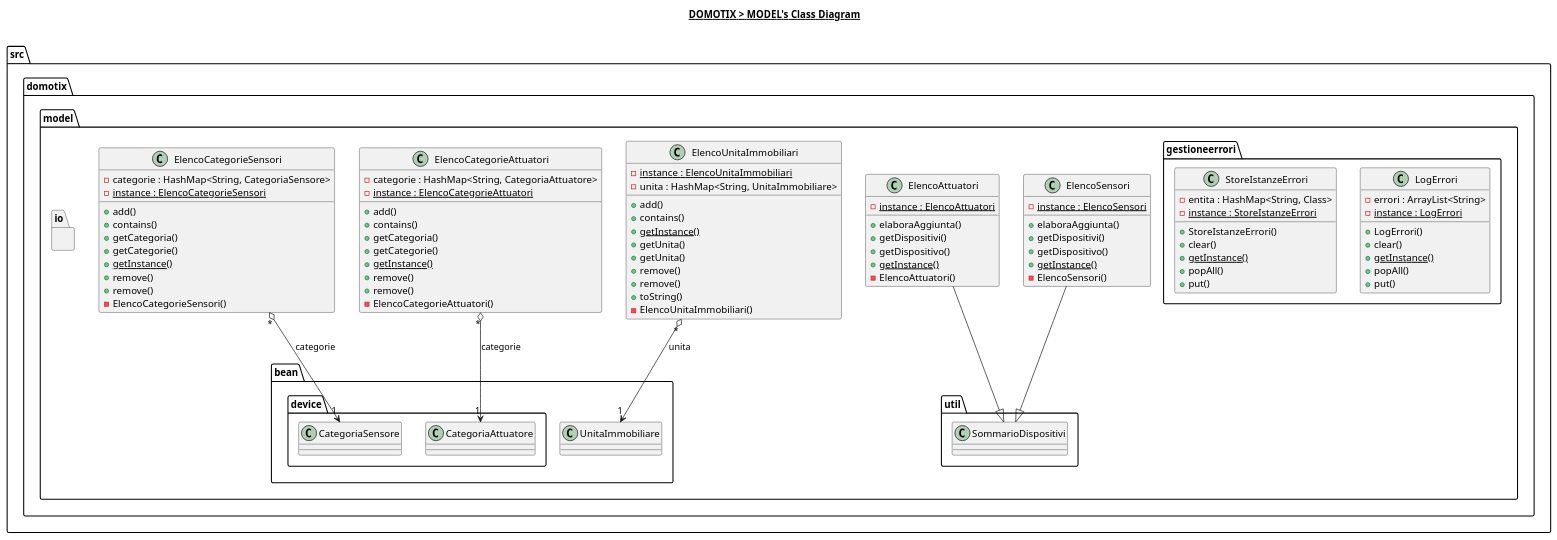
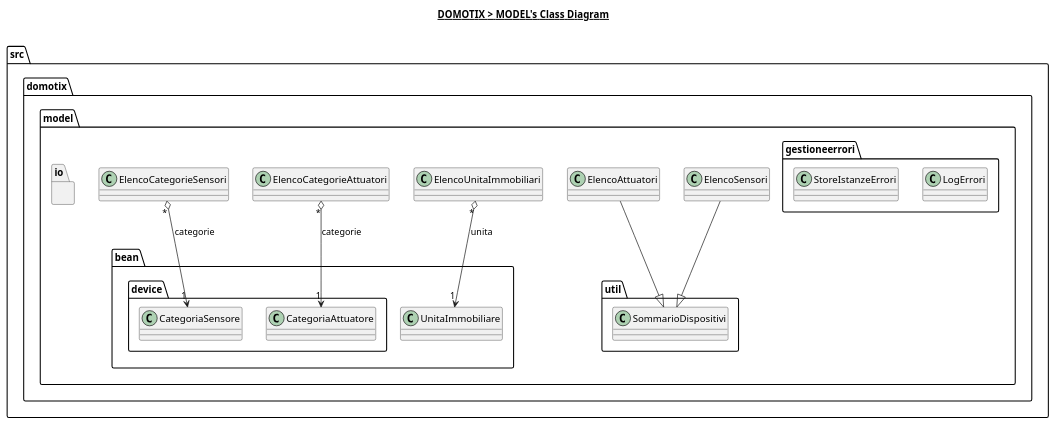
Before and after one commit to Edoar-do/Domotix: the diagram in src/domotix/model/model.plantuml, drawn with PlantUML. The commit also changed 29 other files, not shown here.

Commit message:
Aggiusta la documentazione sui diagrammi

```diff
--- a/src/domotix/model/model.plantuml
+++ b/src/domotix/model/model.plantuml
@@ -1,106 +1,49 @@
 @startuml
 
 title __DOMOTIX > MODEL's Class Diagram__\n
 
 namespace src.domotix.model {
     class src.domotix.model.ElencoAttuatori {
-        {static} - instance : ElencoAttuatori
-        + elaboraAggiunta()
-        + getDispositivi()
-        + getDispositivo()
-        {static} + getInstance()
-        - ElencoAttuatori()
     }
 
     class src.domotix.model.ElencoCategorieAttuatori {
-        - categorie : HashMap<String, CategoriaAttuatore>
-        {static} - instance : ElencoCategorieAttuatori
-        + add()
-        + contains()
-        + getCategoria()
-        + getCategorie()
-        {static} + getInstance()
-        + remove()
-        + remove()
-        - ElencoCategorieAttuatori()
     }
 
     class src.domotix.model.ElencoCategorieSensori {
-        - categorie : HashMap<String, CategoriaSensore>
-        {static} - instance : ElencoCategorieSensori
-        + add()
-        + contains()
-        + getCategoria()
-        + getCategorie()
-        {static} + getInstance()
-        + remove()
-        + remove()
-        - ElencoCategorieSensori()
     }
 
     class src.domotix.model.ElencoSensori {
-        {static} - instance : ElencoSensori
-        + elaboraAggiunta()
-        + getDispositivi()
-        + getDispositivo()
-        {static} + getInstance()
-        - ElencoSensori()
     }
 
     class src.domotix.model.ElencoUnitaImmobiliari {
-        {static} - instance : ElencoUnitaImmobiliari
-        - unita : HashMap<String, UnitaImmobiliare>
-        + add()
-        + contains()
-        {static} + getInstance()
-        + getUnita()
-        + getUnita()
-        + remove()
-        + remove()
-        + toString()
-        - ElencoUnitaImmobiliari()
     }
 
     namespace util {
     }
 
     namespace io {
     }
 
     namespace gestioneerrori {
         class src.domotix.model.gestioneerrori.LogErrori {
-            - errori : ArrayList<String>
-            {static} - instance : LogErrori
-            + LogErrori()
-            + clear()
-            {static} + getInstance()
-            + popAll()
-            + put()
         }
 
         class src.domotix.model.gestioneerrori.StoreIstanzeErrori {
-            - entita : HashMap<String, Class>
-            {static} - instance : StoreIstanzeErrori
-            + StoreIstanzeErrori()
-            + clear()
-            {static} + getInstance()
-            + popAll()
-            + put()
         }
     }
 
     namespace bean {
         namespace device {
         }
     }
 }
 
 
 src.domotix.model.ElencoAttuatori --|> src.domotix.model.util.SommarioDispositivi
 src.domotix.model.ElencoSensori --|> src.domotix.model.util.SommarioDispositivi
 src.domotix.model.ElencoUnitaImmobiliari "*" o--> "1" src.domotix.model.bean.UnitaImmobiliare : unita
 src.domotix.model.ElencoCategorieAttuatori "*" o--> "1" src.domotix.model.bean.device.CategoriaAttuatore : categorie
 src.domotix.model.ElencoCategorieSensori "*" o--> "1" src.domotix.model.bean.device.CategoriaSensore : categorie
 
 
 @enduml
```
